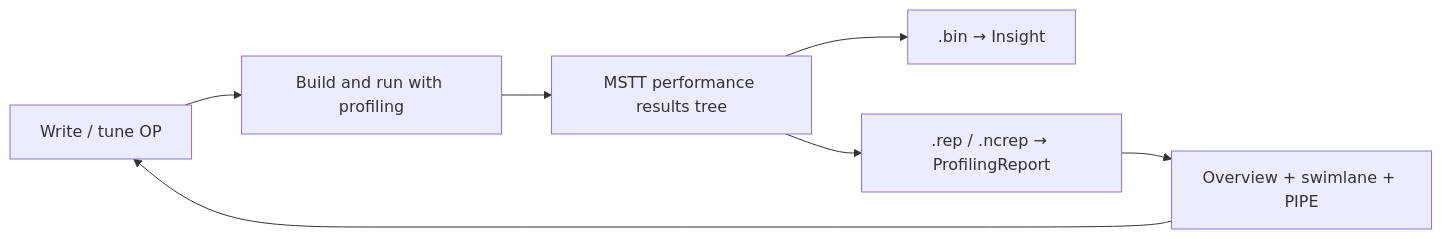
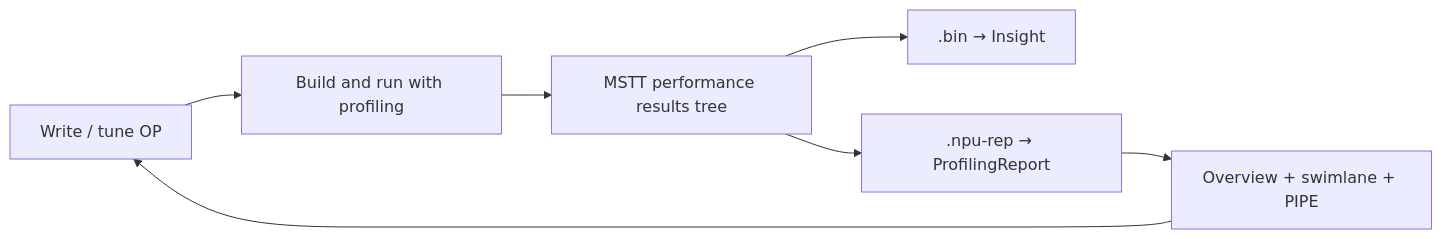
One commit to IdeFrontend/profiling-report changed the diagram in docs/context/DOMAIN_AND_USERS.md. Above: the diagram before and after it, drawn with Mermaid. The commit also changed other lines of this file and 28 other files, not shown here.

First line of the commit message:
feat: add toolbar user guide and resolve PROC-2 to .npu-rep

````diff
--- a/docs/context/DOMAIN_AND_USERS.md
+++ b/docs/context/DOMAIN_AND_USERS.md
@@ -40,9 +40,9 @@
 ```mermaid
 flowchart LR
   Write["Write / tune OP"] --> Build["Build and run with profiling"]
   Build --> Tree["MSTT performance results tree"]
   Tree --> Bin[".bin → Insight"]
-  Tree --> Rep[".rep / .ncrep → ProfilingReport"]
+  Tree --> Rep[".npu-rep → ProfilingReport"]
   Rep --> Diagnose["Overview + swimlane + PIPE"]
   Diagnose --> Write
 ```
````
